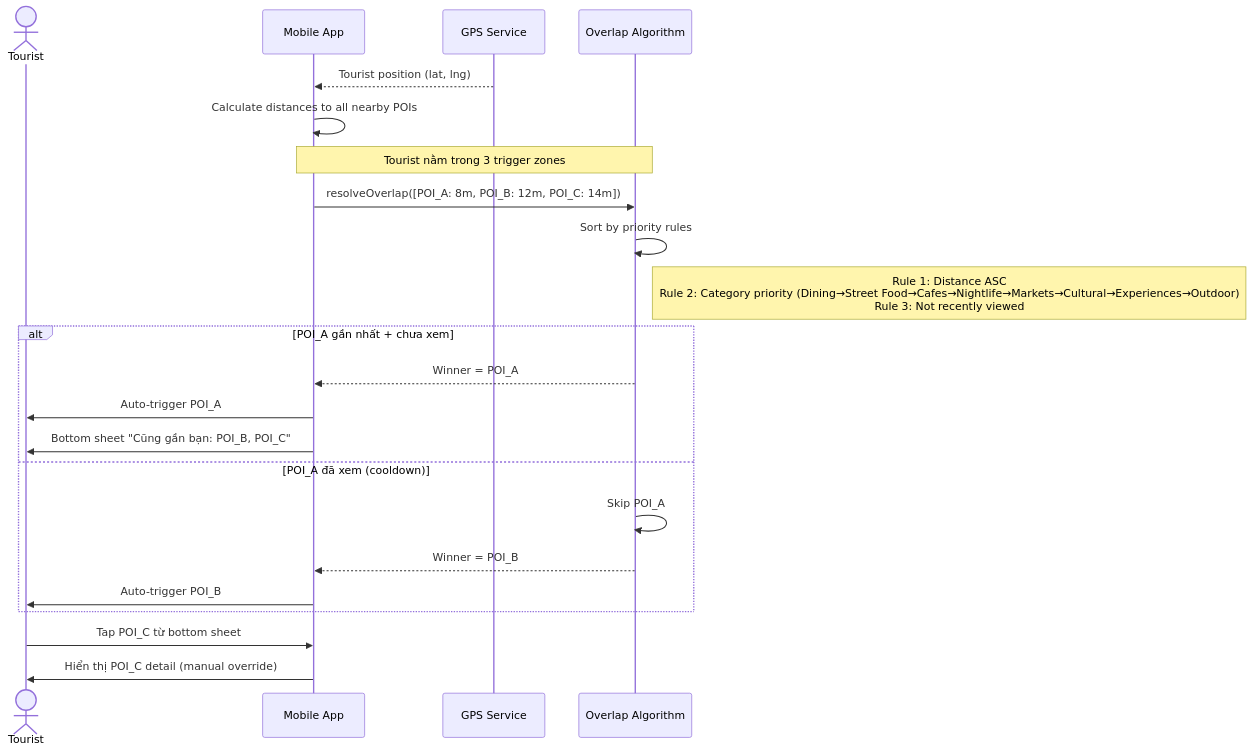
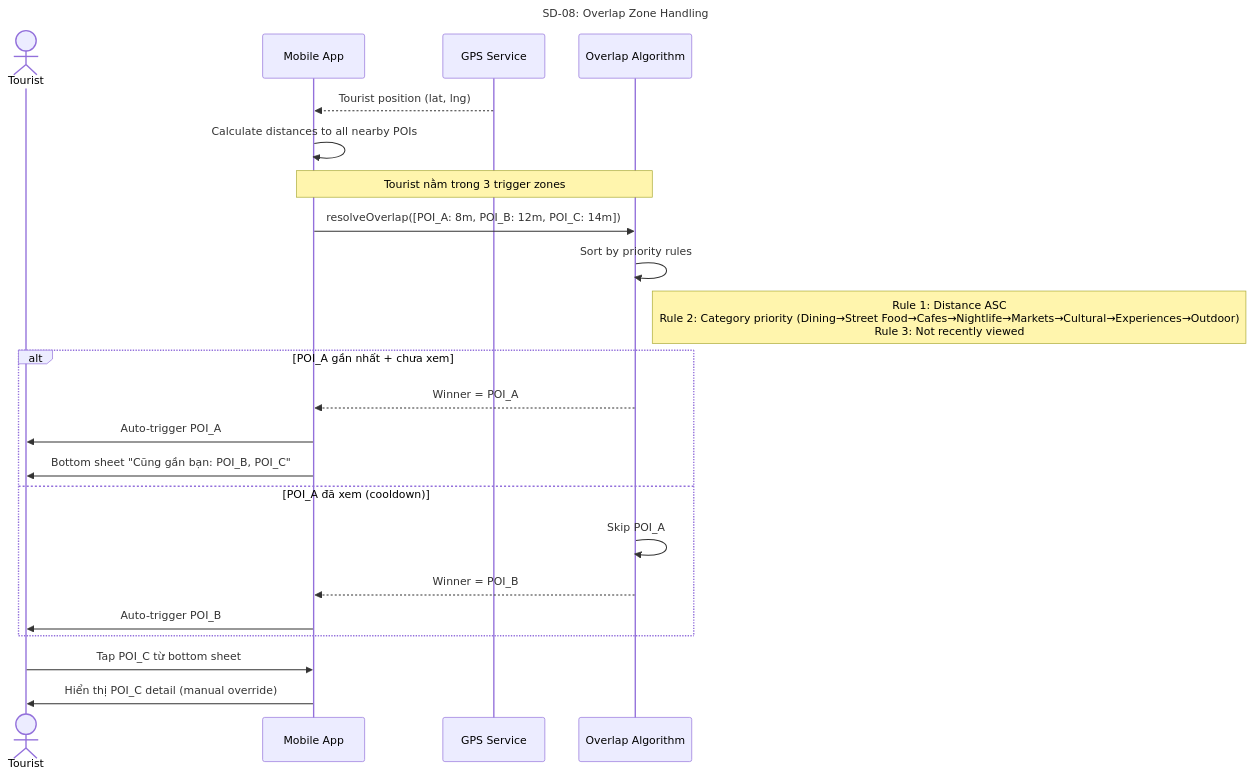
Before and after one commit to Ttuandatt/Seminar: the eighth of 17 diagrams in docs/step3_prd/15_sequence_diagrams.md, drawn with Mermaid. The commit also changed other lines of this file, not shown here.

Commit message:
docs(sequence): add title labels to all 17 mermaid sequence diagrams for draw.io identification

````diff
--- a/docs/step3_prd/15_sequence_diagrams.md
+++ b/docs/step3_prd/15_sequence_diagrams.md
@@ -350,30 +357,31 @@
 ```mermaid
 sequenceDiagram
+    title SD-08: Overlap Zone Handling
     actor Tourist
     participant App as Mobile App
     participant GPS as GPS Service
     participant Algo as Overlap Algorithm
 
     GPS-->>App: Tourist position (lat, lng)
     App->>App: Calculate distances to all nearby POIs
 
     Note over App, Algo: Tourist nằm trong 3 trigger zones
 
     App->>Algo: resolveOverlap([POI_A: 8m, POI_B: 12m, POI_C: 14m])
     
     Algo->>Algo: Sort by priority rules
     Note right of Algo: Rule 1: Distance ASC<br/>Rule 2: Category priority (Dining→Street Food→Cafes→Nightlife→Markets→Cultural→Experiences→Outdoor)<br/>Rule 3: Not recently viewed
 
     alt POI_A gần nhất + chưa xem
         Algo-->>App: Winner = POI_A
         App->>Tourist: Auto-trigger POI_A
         App->>Tourist: Bottom sheet "Cũng gần bạn: POI_B, POI_C"
     else POI_A đã xem (cooldown)
         Algo->>Algo: Skip POI_A
         Algo-->>App: Winner = POI_B
         App->>Tourist: Auto-trigger POI_B
     end
 
     Tourist->>App: Tap POI_C từ bottom sheet
     App->>Tourist: Hiển thị POI_C detail (manual override)
 ```
````
